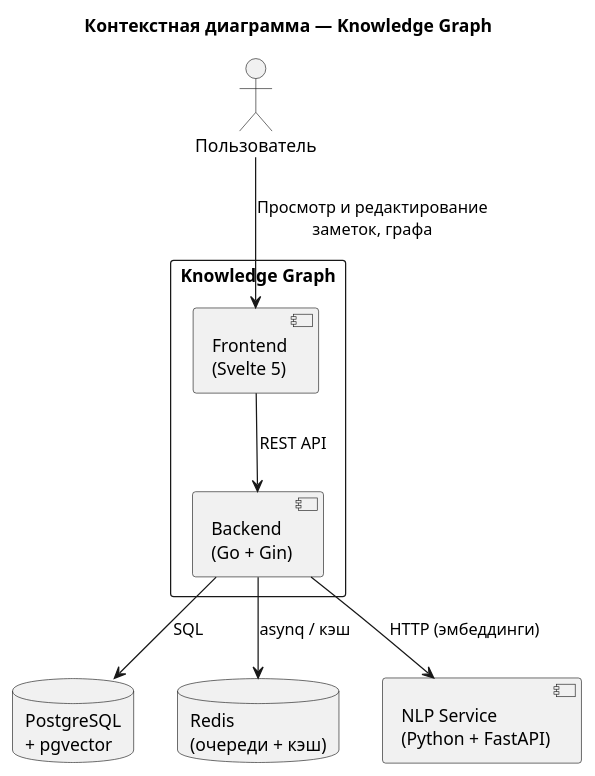
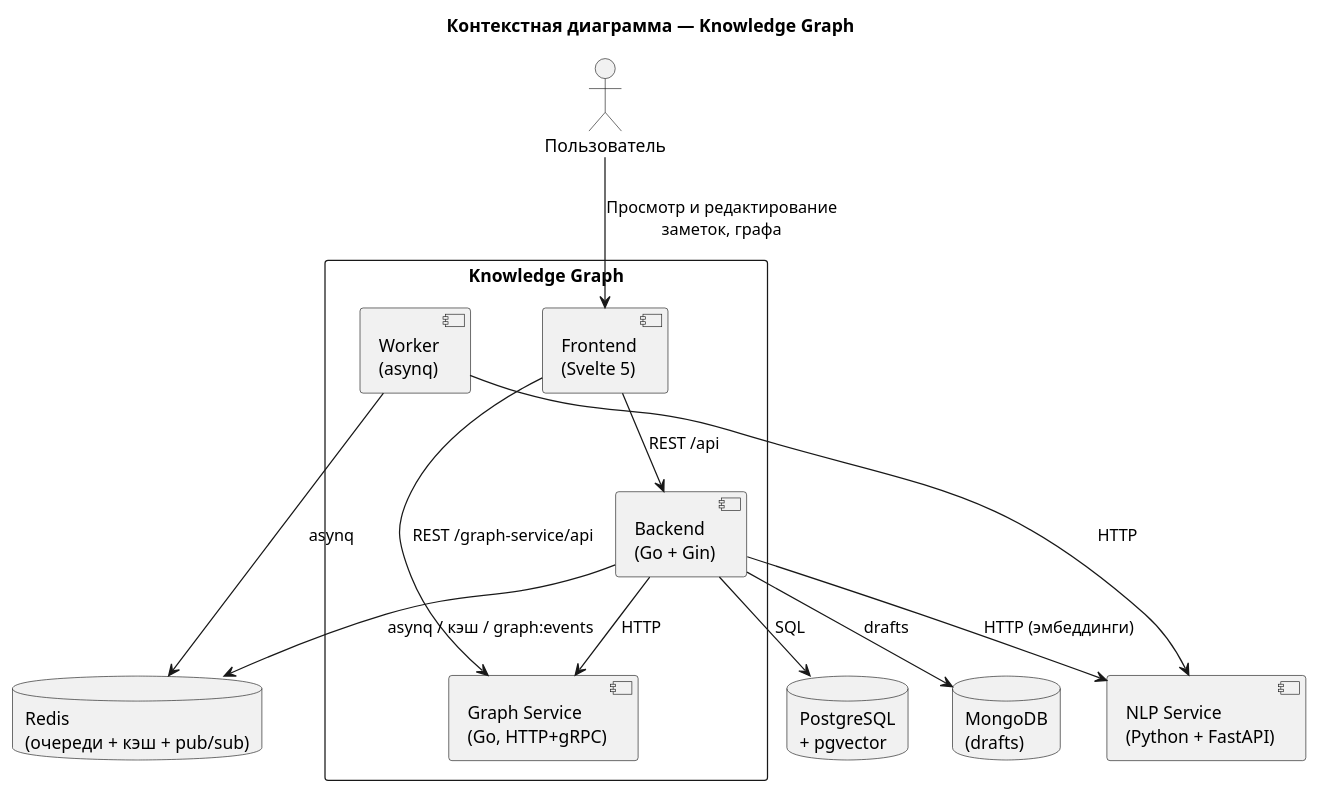
The diagram in docs/architecture/c4/context.puml (Killaret/knowledge-graph), drawn with PlantUML before and after one commit. The commit also changed 17 other files, not shown here.

```diff
--- a/docs/architecture/c4/context.puml
+++ b/docs/architecture/c4/context.puml
@@ -1,20 +1,28 @@
 @startuml
 title Контекстная диаграмма — Knowledge Graph
 
 actor "Пользователь" as User
 
 rectangle "Knowledge Graph" {
     component "Frontend\n(Svelte 5)" as Frontend
     component "Backend\n(Go + Gin)" as Backend
+    component "Graph Service\n(Go, HTTP+gRPC)" as GraphSvc
+    component "Worker\n(asynq)" as Worker
 }
 
 database "PostgreSQL\n+ pgvector" as DB
-database "Redis\n(очереди + кэш)" as Redis
+database "Redis\n(очереди + кэш + pub/sub)" as Redis
+database "MongoDB\n(drafts)" as Mongo
 component "NLP Service\n(Python + FastAPI)" as NLP
 
 User --> Frontend : "Просмотр и редактирование\nзаметок, графа"
-Frontend --> Backend : "REST API"
+Frontend --> Backend : "REST /api"
+Frontend --> GraphSvc : "REST /graph-service/api"
 Backend --> DB : "SQL"
-Backend --> Redis : "asynq / кэш"
+Backend --> Redis : "asynq / кэш / graph:events"
+Backend --> Mongo : "drafts"
 Backend --> NLP : "HTTP (эмбеддинги)"
+Backend --> GraphSvc : "HTTP"
+Worker --> Redis : "asynq"
+Worker --> NLP : "HTTP"
 @enduml
```
